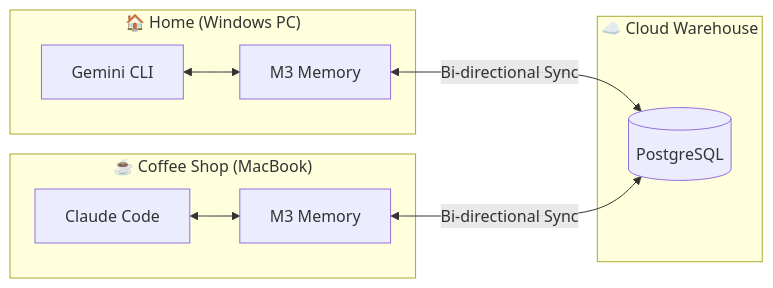
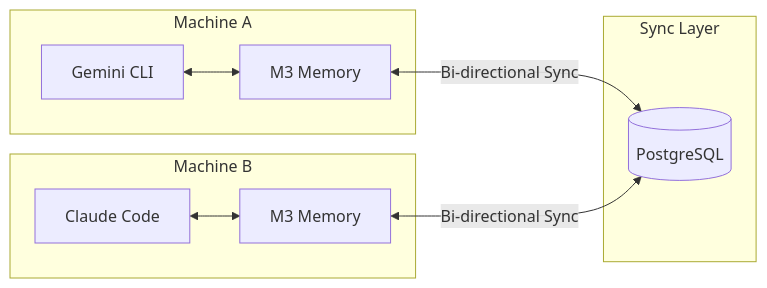
Before and after one commit to skynetcmd/m3-memory: the diagram in CORE_FEATURES.md, drawn with Mermaid. The commit also changed other lines of this file and 4 other files, not shown here.

````diff
--- a/CORE_FEATURES.md
+++ b/CORE_FEATURES.md
@@ -11,17 +11,17 @@
 ```mermaid
 graph LR
-    subgraph "🏠 Home (Windows PC)"
+    subgraph "Machine A"
         G[Gemini CLI] <--> MB1[M3 Memory]
     end
 
-    subgraph "☕ Coffee Shop (MacBook)"
+    subgraph "Machine B"
         C[Claude Code] <--> MB2[M3 Memory]
     end
 
-    subgraph "☁️ Cloud Warehouse"
+    subgraph "Sync Layer"
         PG[(PostgreSQL)]
     end
 
     MB1 <-->|Bi-directional Sync| PG
     MB2 <-->|Bi-directional Sync| PG
 ```
````
